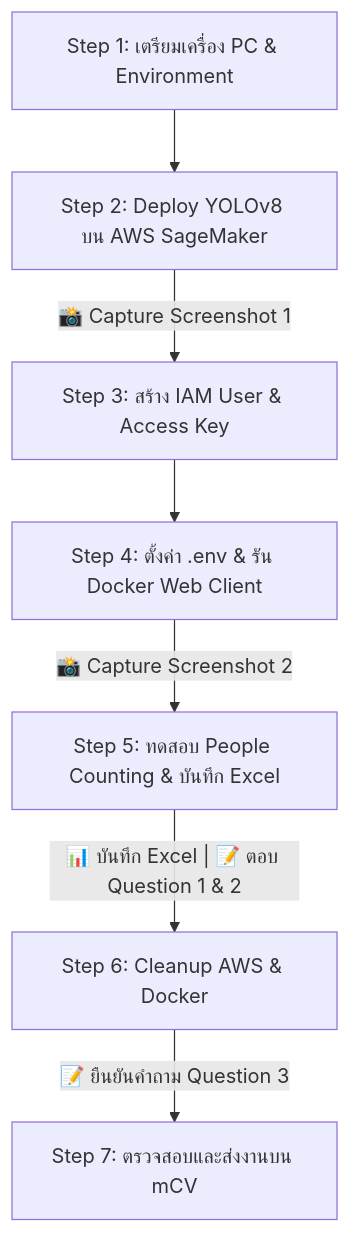
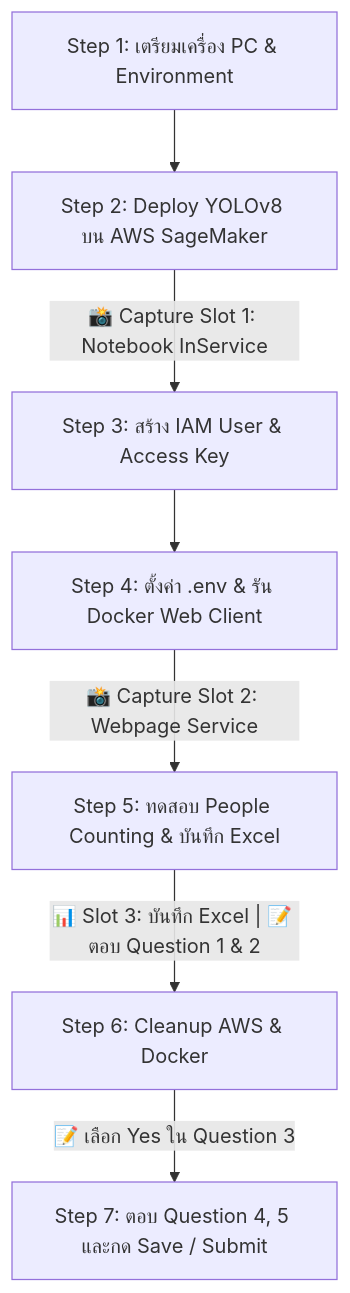
Before and after one commit to PhoengZ/software-defined-system-course: the diagram in act10/step.md, drawn with Mermaid. The commit also changed other lines of this file and 1 other file, not shown here.

First line of the commit message:
docs(act10): sync sol.md and step.md with myCourseVille worksheet requirements

````diff
--- a/act10/step.md
+++ b/act10/step.md
@@ -23,9 +34,9 @@
 ```mermaid
 flowchart TD
     S1["Step 1: เตรียมเครื่อง PC & Environment"] --> S2["Step 2: Deploy YOLOv8 บน AWS SageMaker"]
-    S2 -->|"📸 Capture Screenshot 1"| S3["Step 3: สร้าง IAM User & Access Key"]
+    S2 -->|"📸 Capture Slot 1: Notebook InService"| S3["Step 3: สร้าง IAM User & Access Key"]
     S3 --> S4["Step 4: ตั้งค่า .env & รัน Docker Web Client"]
-    S4 -->|"📸 Capture Screenshot 2"| S5["Step 5: ทดสอบ People Counting & บันทึก Excel"]
-    S5 -->|"📊 บันทึก Excel | 📝 ตอบ Question 1 & 2"| S6["Step 6: Cleanup AWS & Docker"]
-    S6 -->|"📝 ยืนยันคำถาม Question 3"| S7["Step 7: ตรวจสอบและส่งงานบน mCV"]
+    S4 -->|"📸 Capture Slot 2: Webpage Service"| S5["Step 5: ทดสอบ People Counting & บันทึก Excel"]
+    S5 -->|"📊 Slot 3: บันทึก Excel | 📝 ตอบ Question 1 & 2"| S6["Step 6: Cleanup AWS & Docker"]
+    S6 -->|"📝 เลือก Yes ใน Question 3"| S7["Step 7: ตอบ Question 4, 5 และกด Save / Submit"]
 ```
````
